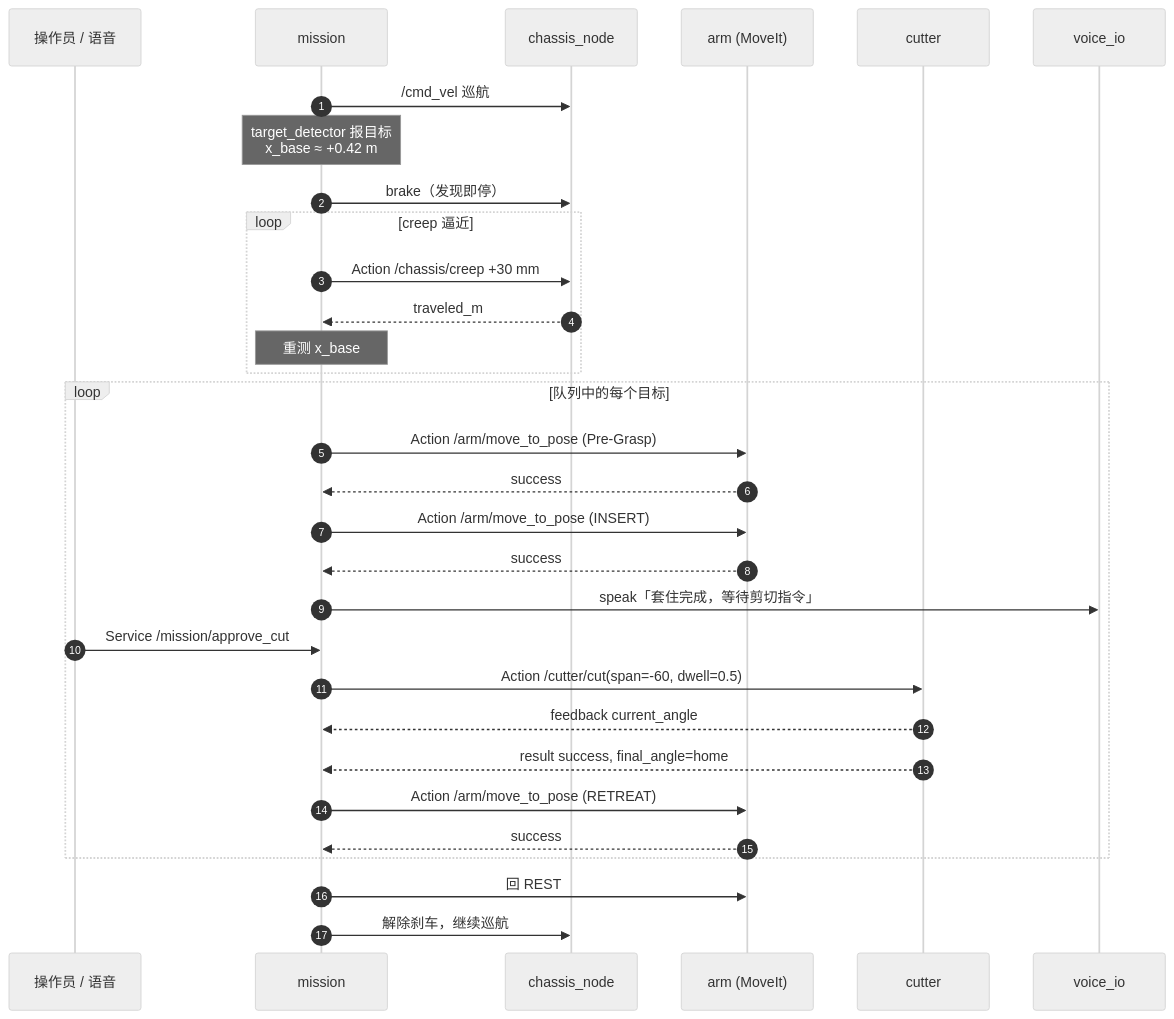
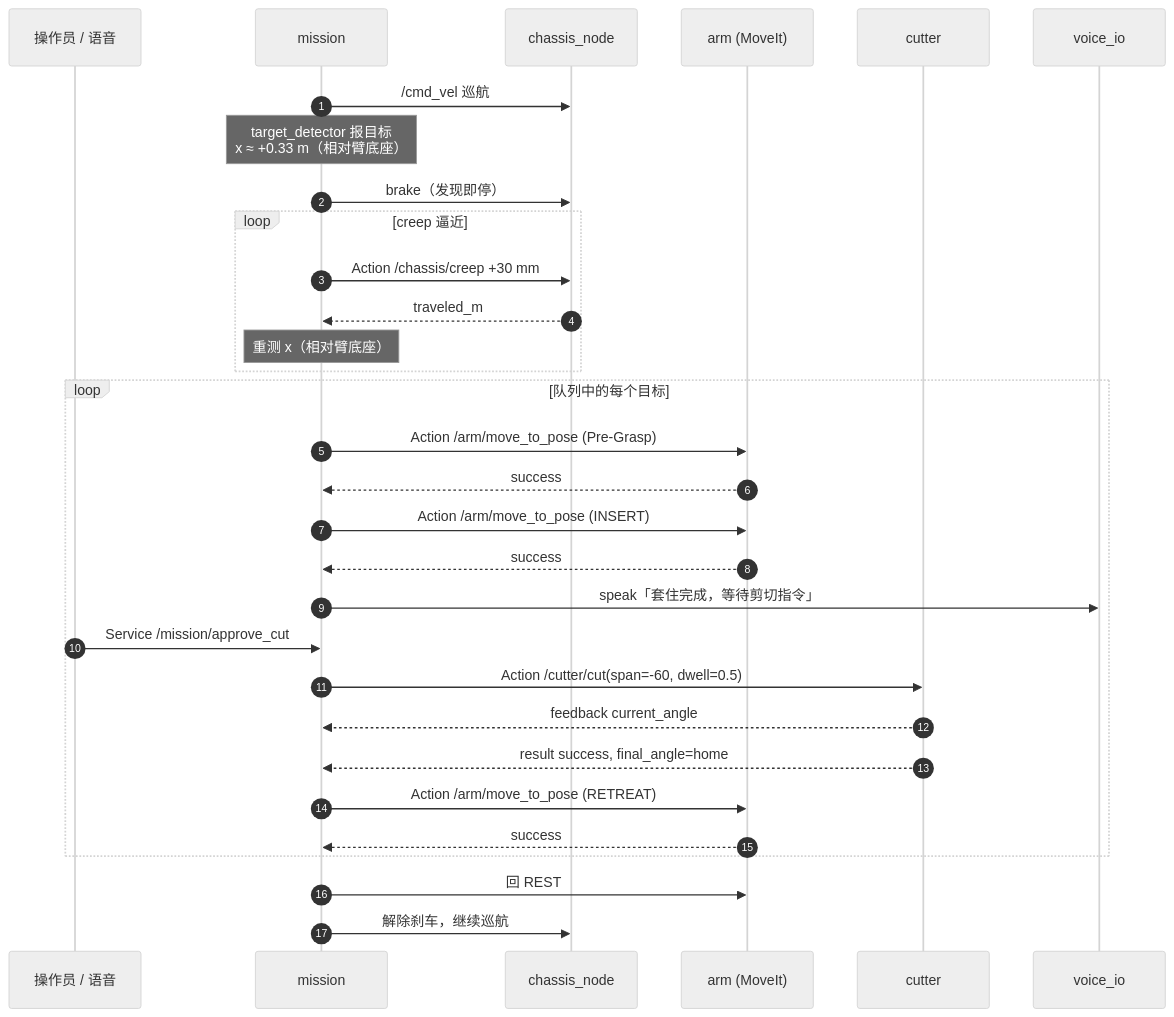
One commit to BohnChen/PickOrangeDummy changed the diagram in docs/diagrams/06-harvest-sequence.mmd. Above: the diagram before and after it, drawn with Mermaid (neutral theme). The commit also changed 25 other files, not shown here.

```diff
--- a/docs/diagrams/06-harvest-sequence.mmd
+++ b/docs/diagrams/06-harvest-sequence.mmd
@@ -1,34 +1,34 @@
 sequenceDiagram
     autonumber
     participant O as 操作员 / 语音
     participant MI as mission
     participant CH as chassis_node
     participant AR as arm (MoveIt)
     participant CT as cutter
     participant VO as voice_io
 
     MI->>CH: /cmd_vel 巡航
-    Note over MI: target_detector 报目标<br/>x_base ≈ +0.42 m
+    Note over MI: target_detector 报目标<br/>x ≈ +0.33 m（相对臂底座）
     MI->>CH: brake（发现即停）
     loop creep 逼近
         MI->>CH: Action /chassis/creep +30 mm
         CH-->>MI: traveled_m
-        Note over MI: 重测 x_base
+        Note over MI: 重测 x（相对臂底座）
     end
 
     loop 队列中的每个目标
         MI->>AR: Action /arm/move_to_pose (Pre-Grasp)
         AR-->>MI: success
         MI->>AR: Action /arm/move_to_pose (INSERT)
         AR-->>MI: success
         MI->>VO: speak「套住完成，等待剪切指令」
         O->>MI: Service /mission/approve_cut
         MI->>CT: Action /cutter/cut(span=-60, dwell=0.5)
         CT-->>MI: feedback current_angle
         CT-->>MI: result success, final_angle=home
         MI->>AR: Action /arm/move_to_pose (RETREAT)
         AR-->>MI: success
     end
 
     MI->>AR: 回 REST
     MI->>CH: 解除刹车，继续巡航
```
